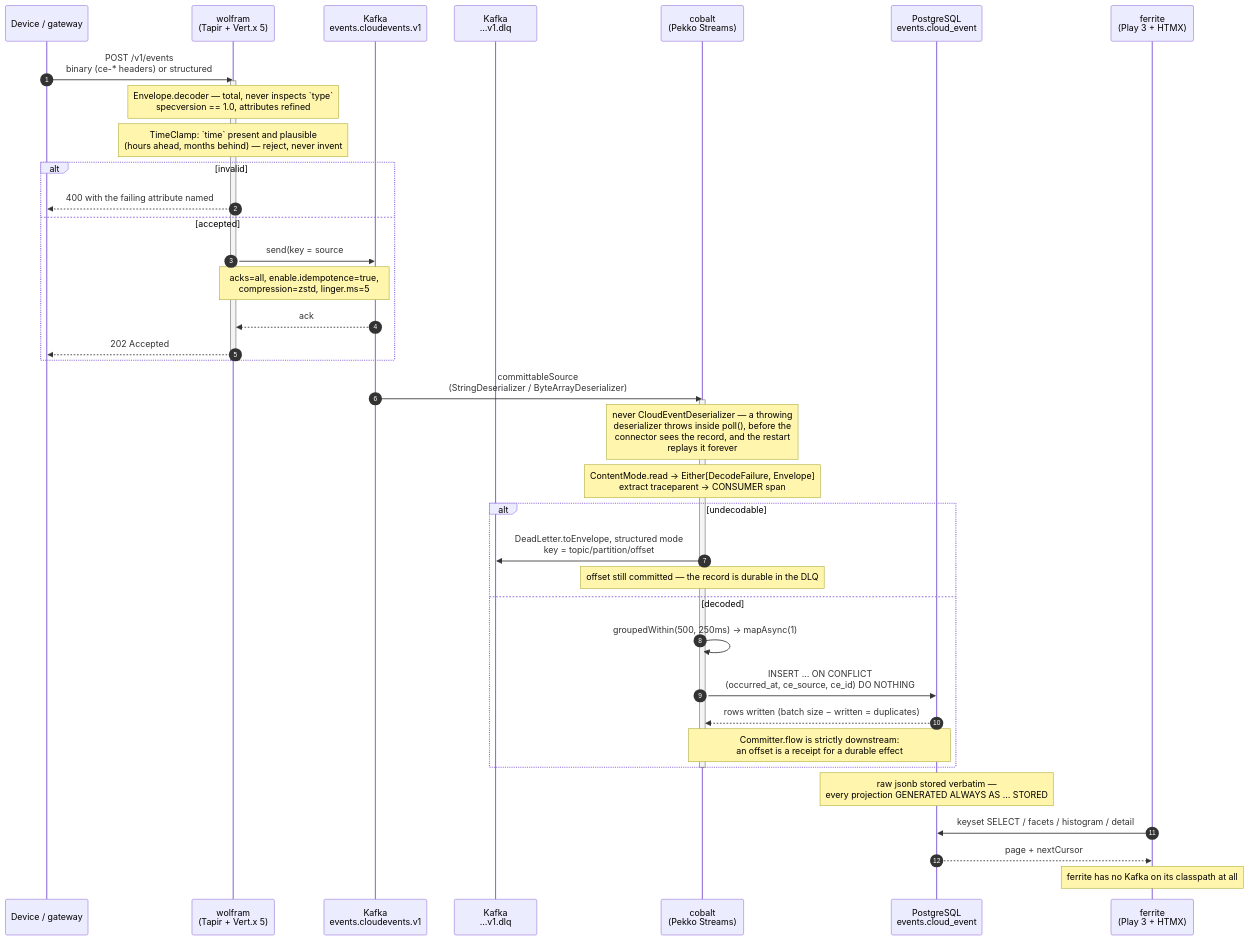
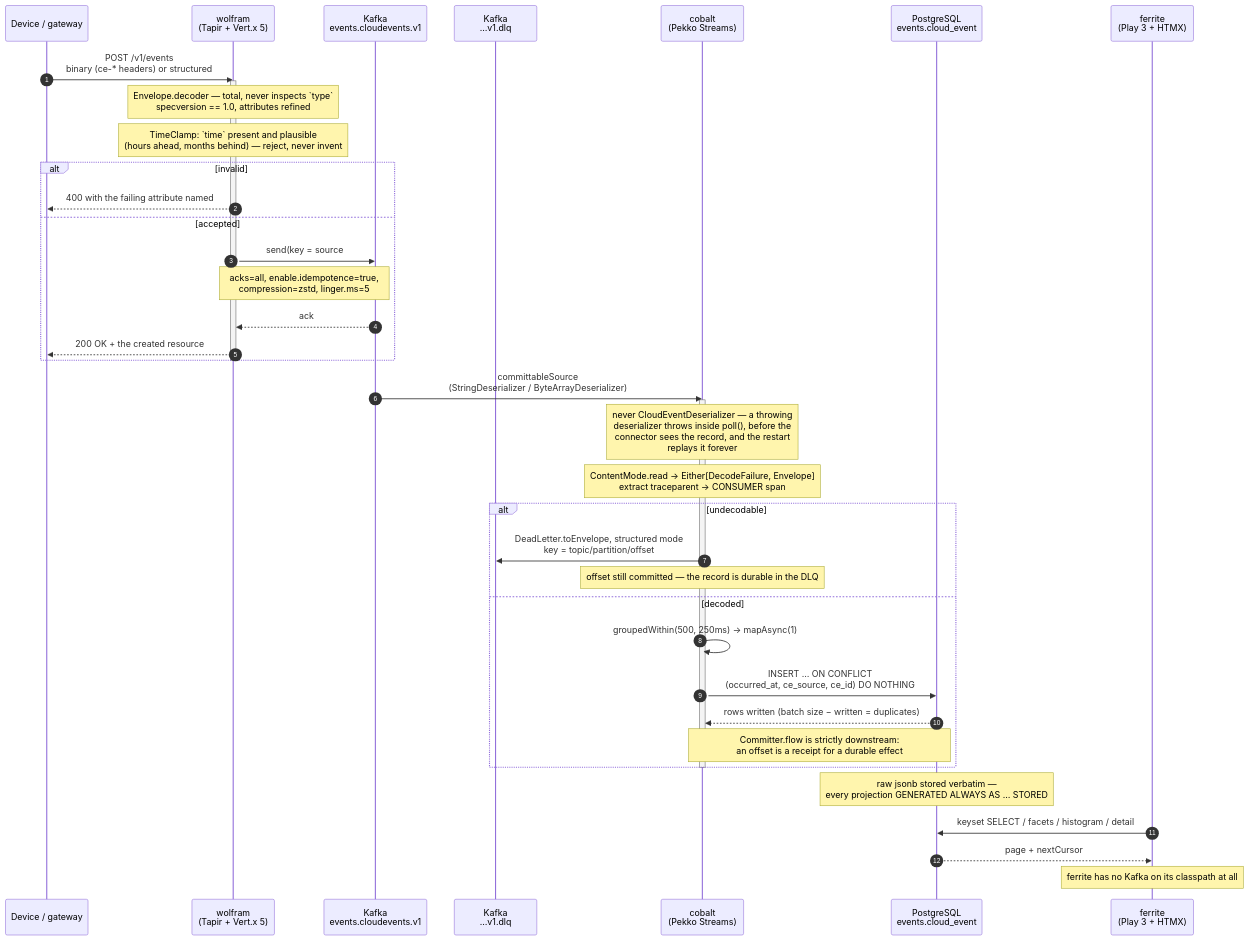
Before and after one commit to worxbend/playground: the second of 2 diagrams in docs/event-model.md, drawn with Mermaid. The commit also changed 6 other files, not shown here.

First line of the commit message:
docs: 38 mermaid diagrams, and the race one of them found

````diff
--- a/docs/event-model.md
+++ b/docs/event-model.md
@@ -394,46 +394,46 @@
 ```mermaid
 sequenceDiagram
     autonumber
     participant D as Device / gateway
     participant W as wolfram<br/>(Tapir + Vert.x 5)
     participant K as Kafka<br/>events.cloudevents.v1
     participant Q as Kafka<br/>…v1.dlq
     participant C as cobalt<br/>(Pekko Streams)
     participant P as PostgreSQL<br/>events.cloud_event
     participant F as ferrite<br/>(Play 3 + HTMX)
 
     D->>W: POST /v1/events<br/>binary (ce-* headers) or structured
     activate W
     Note over W: Envelope.decoder — total, never inspects `type`<br/>specversion == 1.0, attributes refined
     Note over W: TimeClamp: `time` present and plausible<br/>(hours ahead, months behind) — reject, never invent
     alt invalid
         W-->>D: 400 with the failing attribute named
     else accepted
         W->>K: send(key = source#subject, binary mode)<br/>+ traceparent injected into headers
         Note over W,K: acks=all, enable.idempotence=true,<br/>compression=zstd, linger.ms=5
         K-->>W: ack
-        W-->>D: 202 Accepted
+        W-->>D: 200 OK + the created resource
     end
     deactivate W
 
     K->>C: committableSource<br/>(StringDeserializer / ByteArrayDeserializer)
     activate C
     Note over C: never CloudEventDeserializer — a throwing<br/>deserializer throws inside poll(), before the<br/>connector sees the record, and the restart<br/>replays it forever
     Note over C: ContentMode.read → Either[DecodeFailure, Envelope]<br/>extract traceparent → CONSUMER span
     alt undecodable
         C->>Q: DeadLetter.toEnvelope, structured mode<br/>key = topic/partition/offset
         Note over C: offset still committed — the record is durable in the DLQ
     else decoded
         C->>C: groupedWithin(500, 250ms) → mapAsync(1)
         C->>P: INSERT … ON CONFLICT<br/>(occurred_at, ce_source, ce_id) DO NOTHING
         P-->>C: rows written (batch size − written = duplicates)
         Note over C,P: Committer.flow is strictly downstream:<br/>an offset is a receipt for a durable effect
     end
     deactivate C
 
     Note over P: raw jsonb stored verbatim —<br/>every projection GENERATED ALWAYS AS … STORED
 
     F->>P: keyset SELECT / facets / histogram / detail
     P-->>F: page + nextCursor
     Note over F: ferrite has no Kafka on its classpath at all
 ```
````
